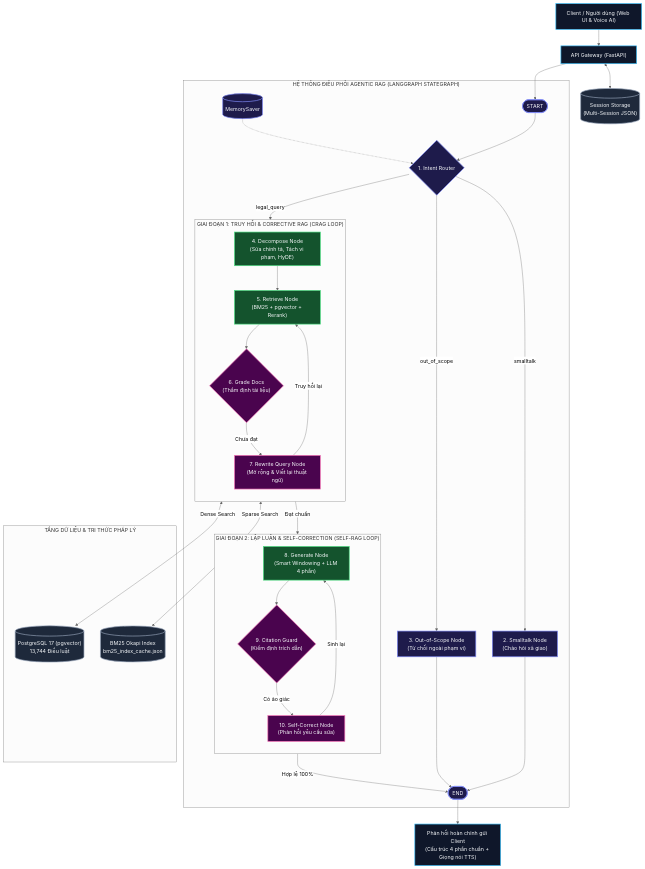
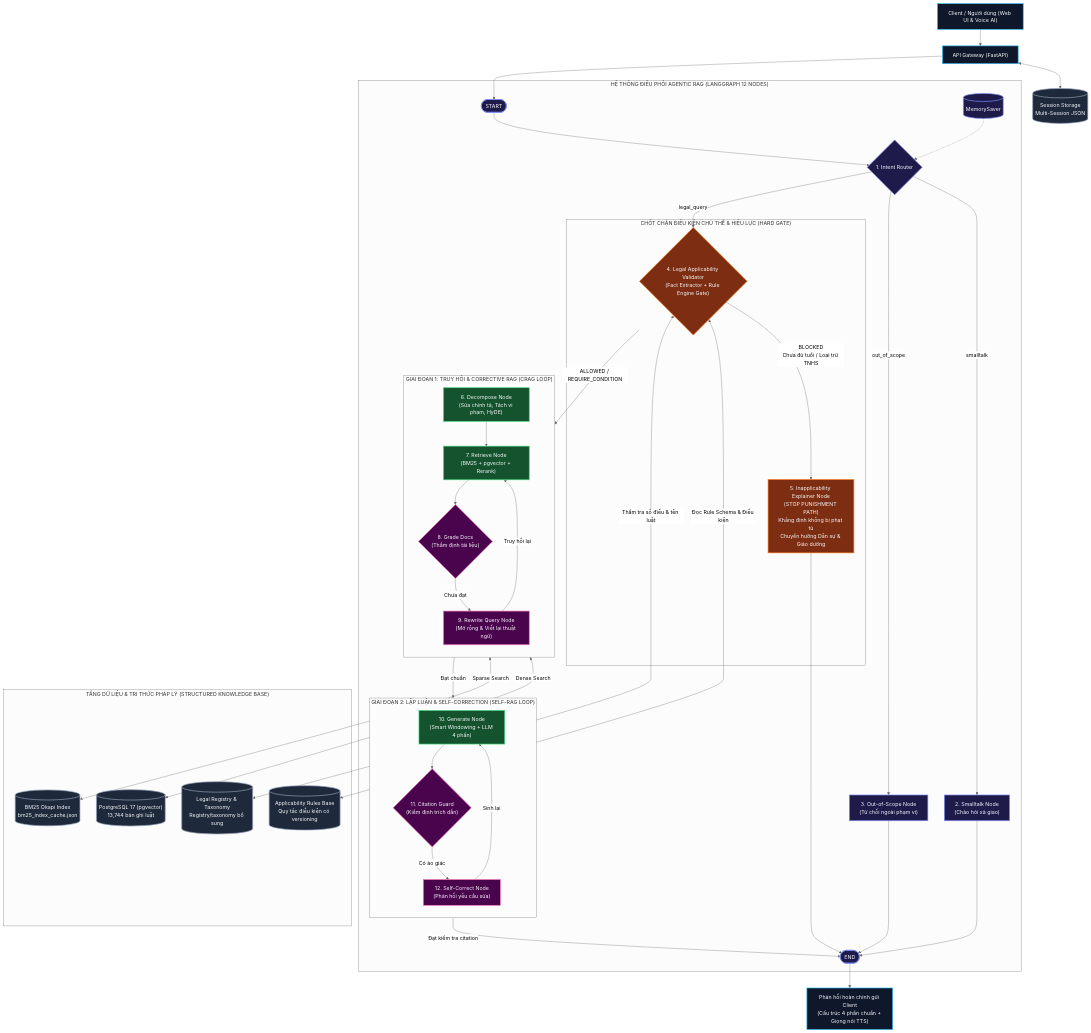
The diagram in README.md (kaotun/vietnamese-legal-agentic-rag), drawn with Mermaid (neutral theme) before and after one commit. The commit also changed other lines of this file and 71 other files, not shown here.

Commit message:
refactor: restructure backend architecture, fix UTF-8 encoding, and enhance legal agentic RAG

````diff
--- a/README.md
+++ b/README.md
@@ -35,65 +44,80 @@
 ```mermaid
 flowchart TD
     %% TẦNG GIAO DIỆN & API GATEWAY
     Client["Client / Người dùng (Web UI & Voice AI)"] --> Gateway["API Gateway (FastAPI)"]
-    Gateway <--> Sessions[("Session Storage<br/>(Multi-Session JSON)")]
+    Gateway <--> Sessions[("Session Storage<br/>Multi-Session JSON")]
     Gateway --> START([START])
 
     %% TẦNG ĐIỀU PHỐI LANGGRAPH
-    subgraph LangGraph ["HỆ THỐNG ĐIỀU PHỐI AGENTIC RAG (LANGGRAPH STATEGRAPH)"]
+    subgraph LangGraph ["HỆ THỐNG ĐIỀU PHỐI AGENTIC RAG (LANGGRAPH 12 NODES)"]
         START --> Router{"1. Intent Router"}
         Checkpointer[("MemorySaver")] -.-> Router
 
         Router -->|smalltalk| Smalltalk["2. Smalltalk Node<br/>(Chào hỏi xã giao)"]
         Router -->|out_of_scope| OutScope["3. Out-of-Scope Node<br/>(Từ chối ngoài phạm vi)"]
-        Router -->|legal_query| Decompose["4. Decompose Node<br/>(Sửa chính tả, Tách vi phạm, HyDE)"]
+        Router -->|legal_query| ApplicabilityValidator{"4. Legal Applicability Validator<br/>(Fact Extractor + Rule Engine Gate)"}
+
+        %% CHỐT CHẶN ĐIỀU KIỆN ÁP DỤNG (HARD GATE)
+        subgraph HardGate ["CHỐT CHẶN ĐIỀU KIỆN CHỦ THỂ & HIỆU LỰC (HARD GATE)"]
+            ApplicabilityValidator -->|BLOCKED<br/>Chưa đủ tuổi / Loại trừ TNHS| Inapplicability["5. Inapplicability Explainer Node<br/>(STOP PUNISHMENT PATH)<br/>Khẳng định không bị phạt tù<br/>Chuyển hướng Dân sự & Giáo dưỡng"]
+        end
+
+        %% LUỒNG RAG CHÍNH THỨC
+        ApplicabilityValidator -->|ALLOWED / REQUIRE_CONDITION| Decompose["6. Decompose Node<br/>(Sửa chính tả, Tách vi phạm, HyDE)"]
 
         %% VÒNG LẶP 1: CRAG LOOP
         subgraph Stage_Retrieval ["GIAI ĐOẠN 1: TRUY HỒI & CORRECTIVE RAG (CRAG LOOP)"]
             direction TB
-            Decompose --> Retrieve["5. Retrieve Node<br/>(BM25 + pgvector + Rerank)"]
-            Retrieve --> GradeDocs{"6. Grade Docs<br/>(Thẩm định tài liệu)"}
+            Decompose --> Retrieve["7. Retrieve Node<br/>(BM25 + pgvector + Rerank)"]
+            Retrieve --> GradeDocs{"8. Grade Docs<br/>(Thẩm định tài liệu)"}
             
-            GradeDocs -->|Chưa đạt| RewriteQuery["7. Rewrite Query Node<br/>(Mở rộng & Viết lại thuật ngữ)"]
+            GradeDocs -->|Chưa đạt| RewriteQuery["9. Rewrite Query Node<br/>(Mở rộng & Viết lại thuật ngữ)"]
             RewriteQuery -->|Truy hồi lại| Retrieve
         end
 
         %% VÒNG LẶP 2: SELF-RAG LOOP
         subgraph Stage_Generation ["GIAI ĐOẠN 2: LẬP LUẬN & SELF-CORRECTION (SELF-RAG LOOP)"]
             direction TB
-            GradeDocs -->|Đạt chuẩn| Generate["8. Generate Node<br/>(Smart Windowing + LLM 4 phần)"]
-            Generate --> CitationGuard{"9. Citation Guard<br/>(Kiểm định trích dẫn)"}
+            GradeDocs -->|Đạt chuẩn| Generate["10. Generate Node<br/>(Smart Windowing + LLM 4 phần)"]
+            Generate --> CitationGuard{"11. Citation Guard<br/>(Kiểm định trích dẫn)"}
             
-            CitationGuard -->|Có ảo giác| SelfCorrect["10. Self-Correct Node<br/>(Phản hồi yêu cầu sửa)"]
+            CitationGuard -->|Có ảo giác| SelfCorrect["12. Self-Correct Node<br/>(Phản hồi yêu cầu sửa)"]
             SelfCorrect -->|Sinh lại| Generate
         end
 
-        CitationGuard -->|Hợp lệ 100%| END([END])
+        Inapplicability --> END([END])
+        CitationGuard -->|Đạt kiểm tra citation| END
         Smalltalk --> END
         OutScope --> END
     end
 
-    %% TẦNG DỮ LIỆU PHÁP LÝ (KẾT NỐI TRỰC TIẾP VỚI RETRIEVE NODE)
-    subgraph Storage ["TẦNG DỮ LIỆU & TRI THỨC PHÁP LÝ"]
-        DB[("PostgreSQL 17 (pgvector)<br/>13,744 Điều luật")]
+    %% TẦNG DỮ LIỆU PHÁP LÝ & CƠ SỞ TRI THỨC CẤU TRÚC
+    subgraph Storage ["TẦNG DỮ LIỆU & TRI THỨC PHÁP LÝ (STRUCTURED KNOWLEDGE BASE)"]
+        DB_Records[("PostgreSQL 17 (pgvector)<br/>13,744 bản ghi luật")]
+        DB_Registry[("Legal Registry & Taxonomy<br/>Registry/taxonomy bổ sung")]
+        DB_Rules[("Applicability Rules Base<br/>Quy tắc điều kiện có versioning")]
         BM25Cache[("BM25 Okapi Index<br/>bm25_index_cache.json")]
     end
 
-    Retrieve <-->|Dense Search| DB
+    ApplicabilityValidator <-->|Đọc Rule Schema & Điều kiện| DB_Rules
+    ApplicabilityValidator <-->|Thẩm tra số điều & tên luật| DB_Registry
+    Retrieve <-->|Dense Search| DB_Records
     Retrieve <-->|Sparse Search| BM25Cache
 
     END --> Output["Phản hồi hoàn chỉnh gửi Client<br/>(Cấu trúc 4 phần chuẩn + Giọng nói TTS)"]
 
     %% STYLING
     classDef clientStyle fill:#0f172a,stroke:#38bdf8,stroke-width:2px,color:#f8fafc;
     classDef graphStyle fill:#1e1b4b,stroke:#818cf8,stroke-width:2px,color:#f8fafc;
+    classDef gateStyle fill:#7c2d12,stroke:#f97316,stroke-width:2px,color:#f8fafc;
     classDef ragStyle fill:#14532d,stroke:#4ade80,stroke-width:2px,color:#f8fafc;
     classDef loopStyle fill:#4a044e,stroke:#f472b6,stroke-width:2px,color:#f8fafc;
     classDef dbStyle fill:#1e293b,stroke:#94a3b8,stroke-width:2px,color:#f8fafc;
 
     class Client,Gateway,Output clientStyle;
     class START,Router,Smalltalk,OutScope,Checkpointer,END graphStyle;
+    class ApplicabilityValidator,Inapplicability gateStyle;
     class Decompose,Retrieve,Generate ragStyle;
     class GradeDocs,RewriteQuery,CitationGuard,SelfCorrect loopStyle;
-    class DB,BM25Cache,Sessions dbStyle;
+    class DB_Records,DB_Registry,DB_Rules,BM25Cache,Sessions dbStyle;
 ```
````
